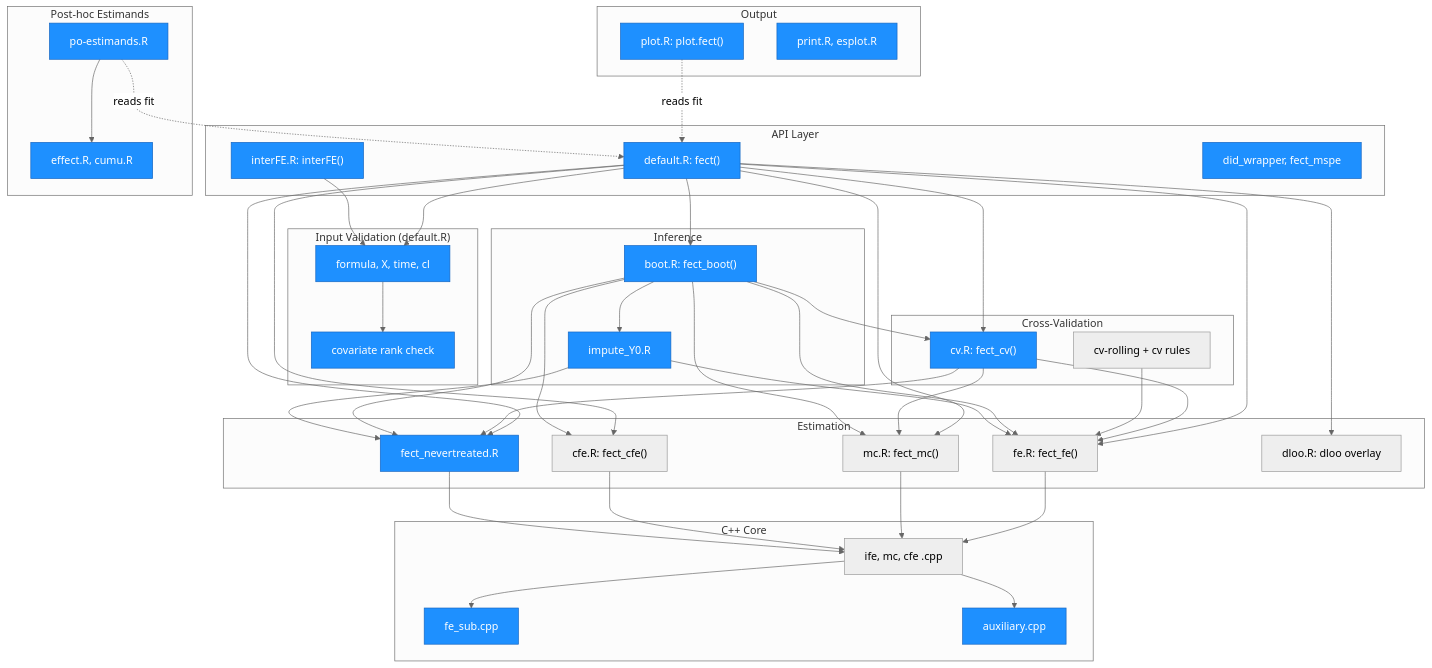
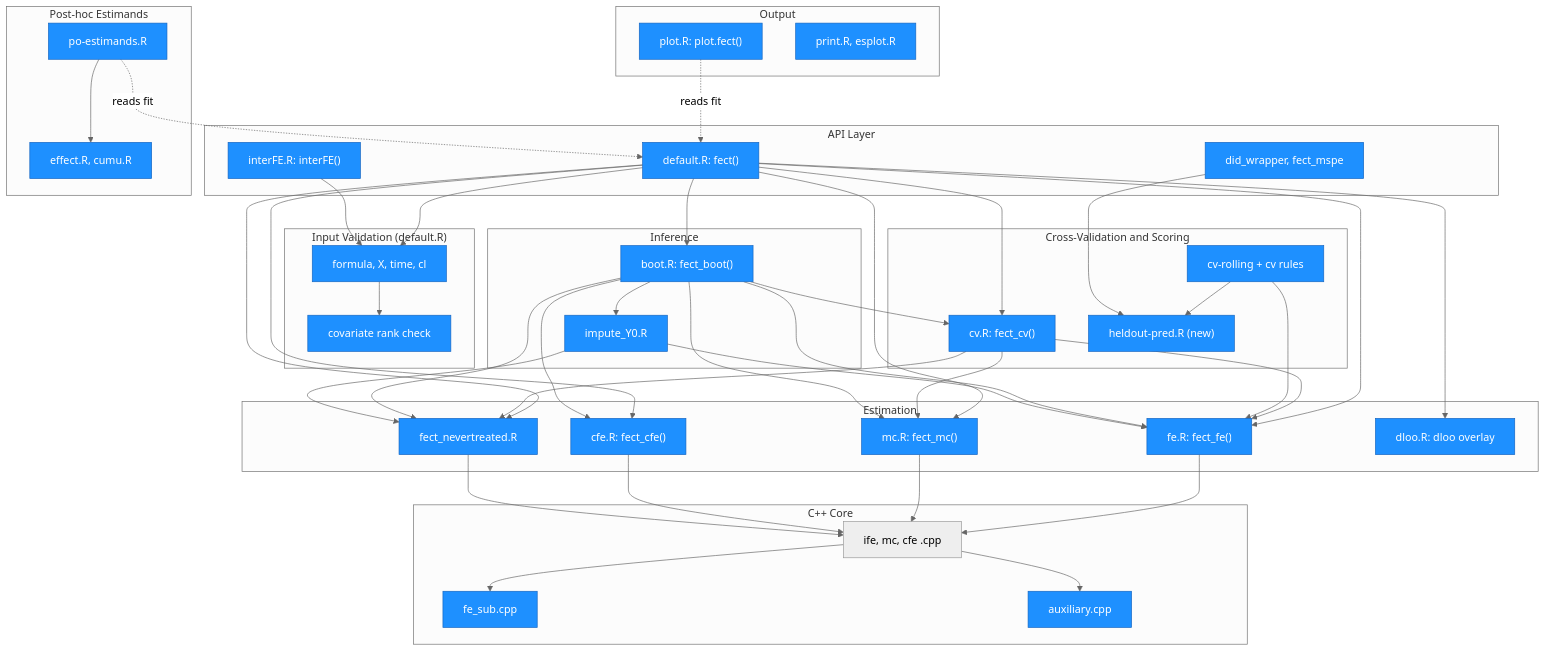
Before and after one commit to xuyiqing/fect: the first of 6 diagrams in ARCHITECTURE.md, drawn with Mermaid. The commit also changed other lines of this file and 1 other file, not shown here.

First line of the commit message:
docs: NEWS and ARCHITECTURE.md for fect #152-#161 and #163

```diff
--- a/ARCHITECTURE.md
+++ b/ARCHITECTURE.md
@@ -59,9 +68,10 @@
         E5["dloo.R: dloo overlay"]
     end
 
-    subgraph CV["Cross-Validation"]
+    subgraph CV["Cross-Validation and Scoring"]
         K1["cv.R: fect_cv()"]
         K2["cv-rolling + cv rules"]
+        H1["heldout-pred.R (new)"]
     end
 
     subgraph Inf["Inference"]
@@ -99,6 +109,8 @@
     K1 --> E2
     K1 --> E4
     K2 --> E1
+    K2 --> H1
+    A3 --> H1
     I1 --> K1
     I1 --> E1
     I1 --> E2
@@ -122,8 +134,14 @@
     style A3 fill:#1e90ff,stroke:#1565c0,color:#fff
     style V1 fill:#1e90ff,stroke:#1565c0,color:#fff
     style V2 fill:#1e90ff,stroke:#1565c0,color:#fff
+    style E1 fill:#1e90ff,stroke:#1565c0,color:#fff
+    style E2 fill:#1e90ff,stroke:#1565c0,color:#fff
+    style E3 fill:#1e90ff,stroke:#1565c0,color:#fff
     style E4 fill:#1e90ff,stroke:#1565c0,color:#fff
+    style E5 fill:#1e90ff,stroke:#1565c0,color:#fff
     style K1 fill:#1e90ff,stroke:#1565c0,color:#fff
+    style K2 fill:#1e90ff,stroke:#1565c0,color:#fff
+    style H1 fill:#1e90ff,stroke:#1565c0,color:#fff
     style I1 fill:#1e90ff,stroke:#1565c0,color:#fff
     style I2 fill:#1e90ff,stroke:#1565c0,color:#fff
     style P1 fill:#1e90ff,stroke:#1565c0,color:#fff
```
